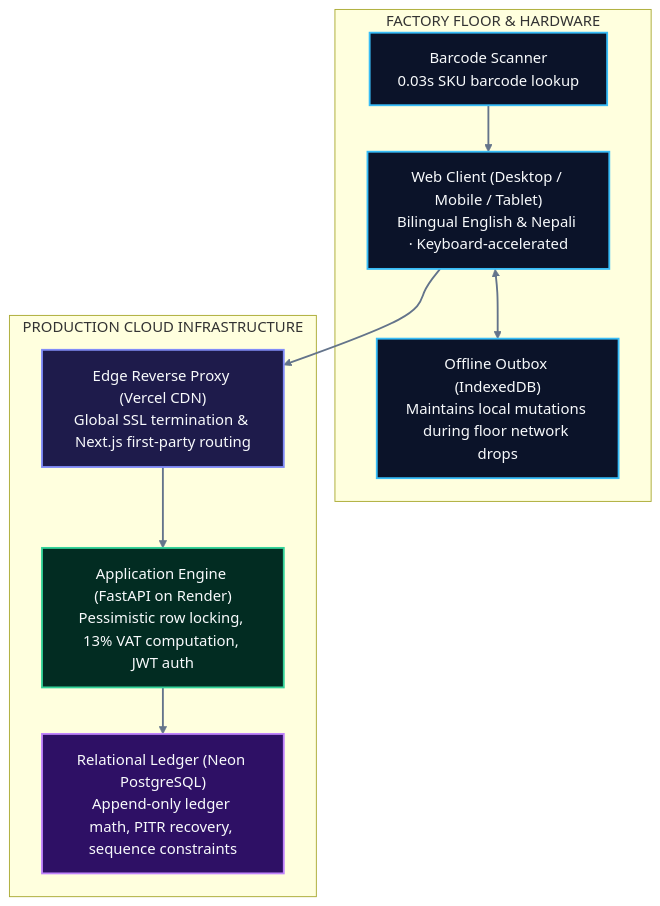
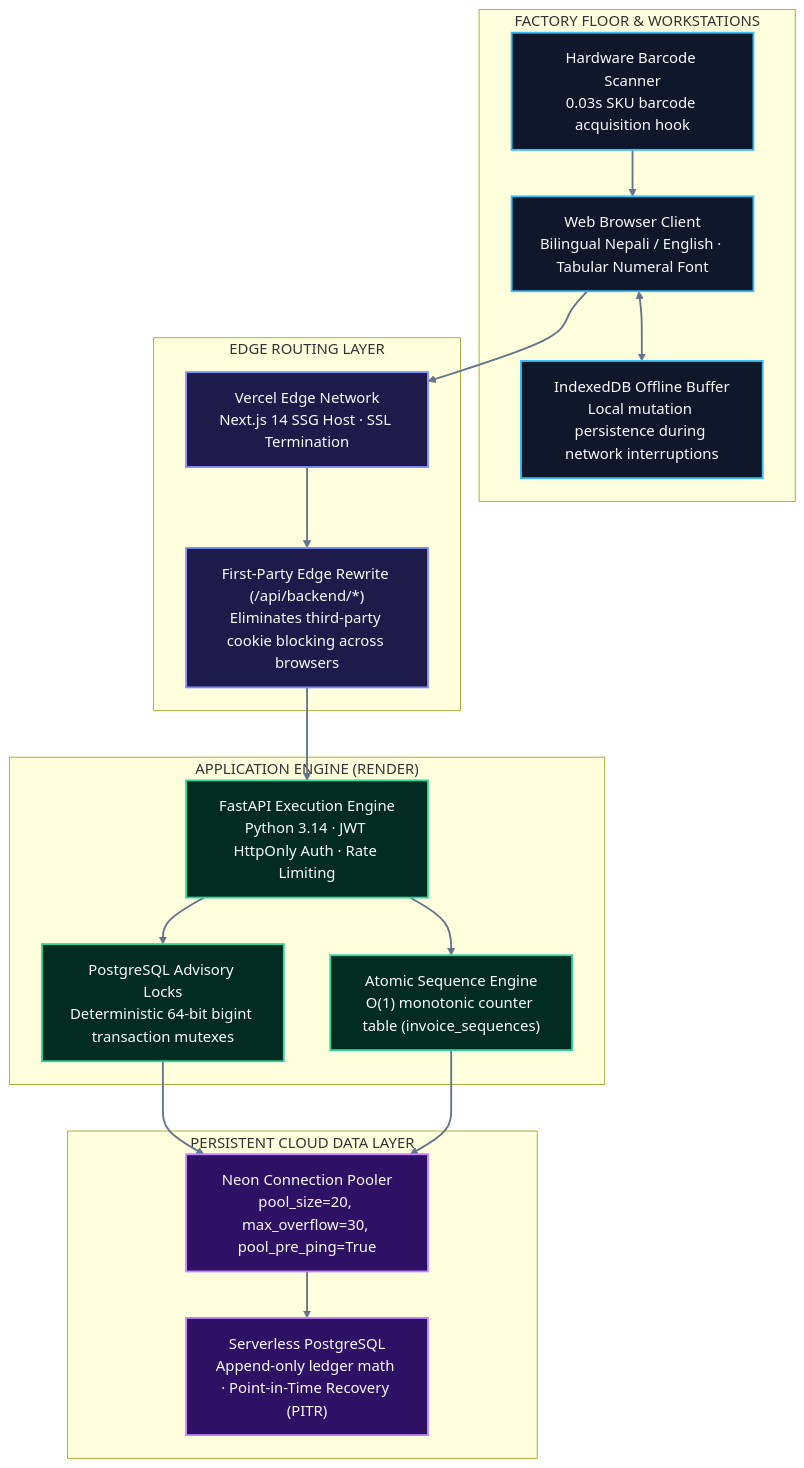
Before and after one commit to Sishir120/livo-footwear-erp: the second of 2 diagrams in README.md, drawn with Mermaid. The commit also changed other lines of this file, not shown here.

````diff
--- a/README.md
+++ b/README.md
@@ -72,27 +70,42 @@
 ```mermaid
 flowchart TD
-    classDef user fill:#0b1329,stroke:#38bdf8,stroke-width:2px,color:#f8fafc;
-    classDef web fill:#1e1b4b,stroke:#818cf8,stroke-width:2px,color:#f8fafc;
-    classDef api fill:#022c22,stroke:#34d399,stroke-width:2px,color:#f8fafc;
+    classDef client fill:#0f172a,stroke:#38bdf8,stroke-width:2px,color:#f8fafc;
+    classDef edge fill:#1e1b4b,stroke:#818cf8,stroke-width:2px,color:#f8fafc;
+    classDef backend fill:#022c22,stroke:#34d399,stroke-width:2px,color:#f8fafc;
     classDef db fill:#2e1065,stroke:#c084fc,stroke-width:2px,color:#f8fafc;
 
-    subgraph FACTORY ["FACTORY FLOOR & HARDWARE"]
-        SCAN["Barcode Scanner<br/>0.03s SKU barcode lookup"]:::user
-        APP["Web Client (Desktop / Mobile / Tablet)<br/>Bilingual English & Nepali · Keyboard-accelerated"]:::user
-        OFFLINE["Offline Outbox (IndexedDB)<br/>Maintains local mutations during floor network drops"]:::user
+    subgraph FLOOR ["FACTORY FLOOR & WORKSTATIONS"]
+        BROWSER["Web Browser Client<br/>Bilingual Nepali / English · Tabular Numeral Font"]:::client
+        HARDWARE["Hardware Barcode Scanner<br/>0.03s SKU barcode acquisition hook"]:::client
+        OFFLINE["IndexedDB Offline Buffer<br/>Local mutation persistence during network interruptions"]:::client
     end
 
-    subgraph CLOUD ["PRODUCTION CLOUD INFRASTRUCTURE"]
-        ROUTER["Edge Reverse Proxy (Vercel CDN)<br/>Global SSL termination & Next.js first-party routing"]:::web
-        ENGINE["Application Engine (FastAPI on Render)<br/>Pessimistic row locking, 13% VAT computation, JWT auth"]:::api
-        DATABASE["Relational Ledger (Neon PostgreSQL)<br/>Append-only ledger math, PITR recovery, sequence constraints"]:::db
+    subgraph PROXY ["EDGE ROUTING LAYER"]
+        VERCEL["Vercel Edge Network<br/>Next.js 14 SSG Host · SSL Termination"]:::edge
+        REWRITE["First-Party Edge Rewrite (/api/backend/*)<br/>Eliminates third-party cookie blocking across browsers"]:::edge
     end
 
-    SCAN --> APP
-    APP <--> OFFLINE
-    APP --> ROUTER
-    ROUTER --> ENGINE
-    ENGINE --> DATABASE
+    subgraph BACKEND_SVC ["APPLICATION ENGINE (RENDER)"]
+        FASTAPI["FastAPI Execution Engine<br/>Python 3.14 · JWT HttpOnly Auth · Rate Limiting"]:::backend
+        LOCKS["PostgreSQL Advisory Locks<br/>Deterministic 64-bit bigint transaction mutexes"]:::backend
+        SEQ["Atomic Sequence Engine<br/>O(1) monotonic counter table (invoice_sequences)"]:::backend
+    end
+
+    subgraph STORAGE ["PERSISTENT CLOUD DATA LAYER"]
+        PGBOUNCER["Neon Connection Pooler<br/>pool_size=20, max_overflow=30, pool_pre_ping=True"]:::db
+        POSTGRES["Serverless PostgreSQL<br/>Append-only ledger math · Point-in-Time Recovery (PITR)"]:::db
+    end
+
+    HARDWARE --> BROWSER
+    BROWSER <--> OFFLINE
+    BROWSER --> VERCEL
+    VERCEL --> REWRITE
+    REWRITE --> FASTAPI
+    FASTAPI --> LOCKS
+    FASTAPI --> SEQ
+    LOCKS --> PGBOUNCER
+    SEQ --> PGBOUNCER
+    PGBOUNCER --> POSTGRES
 
     linkStyle default stroke:#64748b,stroke-width:2px;
 ```
````
